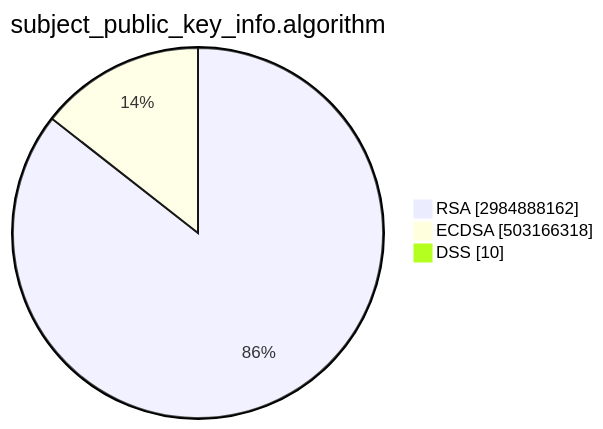
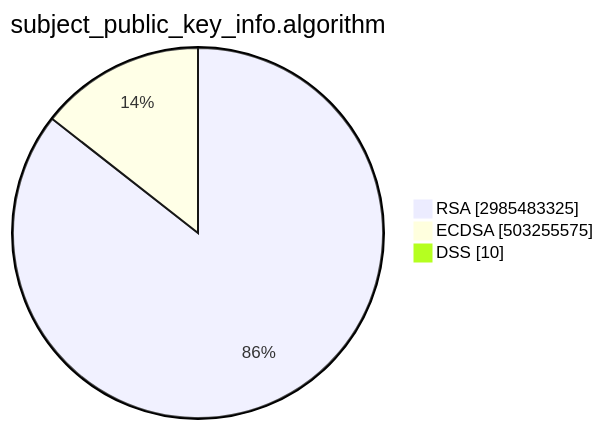
One commit to christiankrug/ctmonitor_visualization changed the second of 15 diagrams in TOTAL/README.md. Above: the diagram before and after it, drawn with Mermaid. The commit also changed other lines of this file, not shown here.

````diff
--- a/TOTAL/README.md
+++ b/TOTAL/README.md
@@ -6,7 +6,7 @@
 ```mermaid
 pie showData
 title subject_public_key_info.algorithm
-"RSA" :2984888162
-"ECDSA" :503166318
+"RSA" :2985483325
+"ECDSA" :503255575
 "DSS" :10
 ```
````
